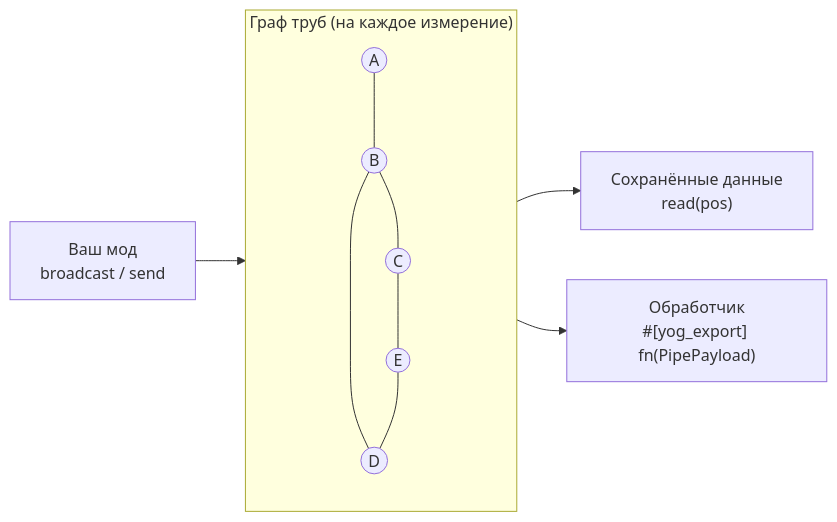
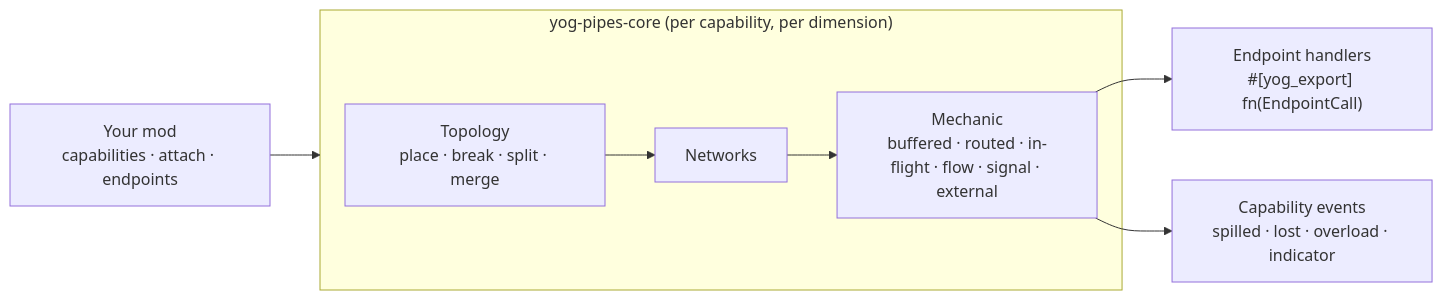
Before and after one commit to F000NKKK/Yog-Pipes: the diagram in README.ru.md, drawn with Mermaid. The commit also changed other lines of this file and 1 other file, not shown here.

First line of the commit message:
docs: describe the abstract pipe of 0.12

````diff
--- a/README.ru.md
+++ b/README.ru.md
@@ -121,11 +148,10 @@
 ```mermaid
 flowchart LR
-    src["Ваш мод<br/>broadcast / send"] --> g
-    subgraph g["Граф труб (на каждое измерение)"]
-        a((A)) --- b((B)) --- c((C))
-        b --- d((D))
-        c --- e((E)) --- d
+    m["Your mod<br/>capabilities · attach · endpoints"] --> e
+    subgraph e["yog-pipes-core (per capability, per dimension)"]
+        t["Topology<br/>place · break · split · merge"] --> n["Networks"]
+        n --> k["Mechanic<br/>buffered · routed · in-flight · flow · signal · external"]
     end
-    g --> st["Сохранённые данные<br/>read(pos)"]
-    g --> h["Обработчик<br/>#[yog_export] fn(PipePayload)"]
+    k --> h["Endpoint handlers<br/>#[yog_export] fn(EndpointCall)"]
+    k --> ev["Capability events<br/>spilled · lost · overload · indicator"]
 ```
````
